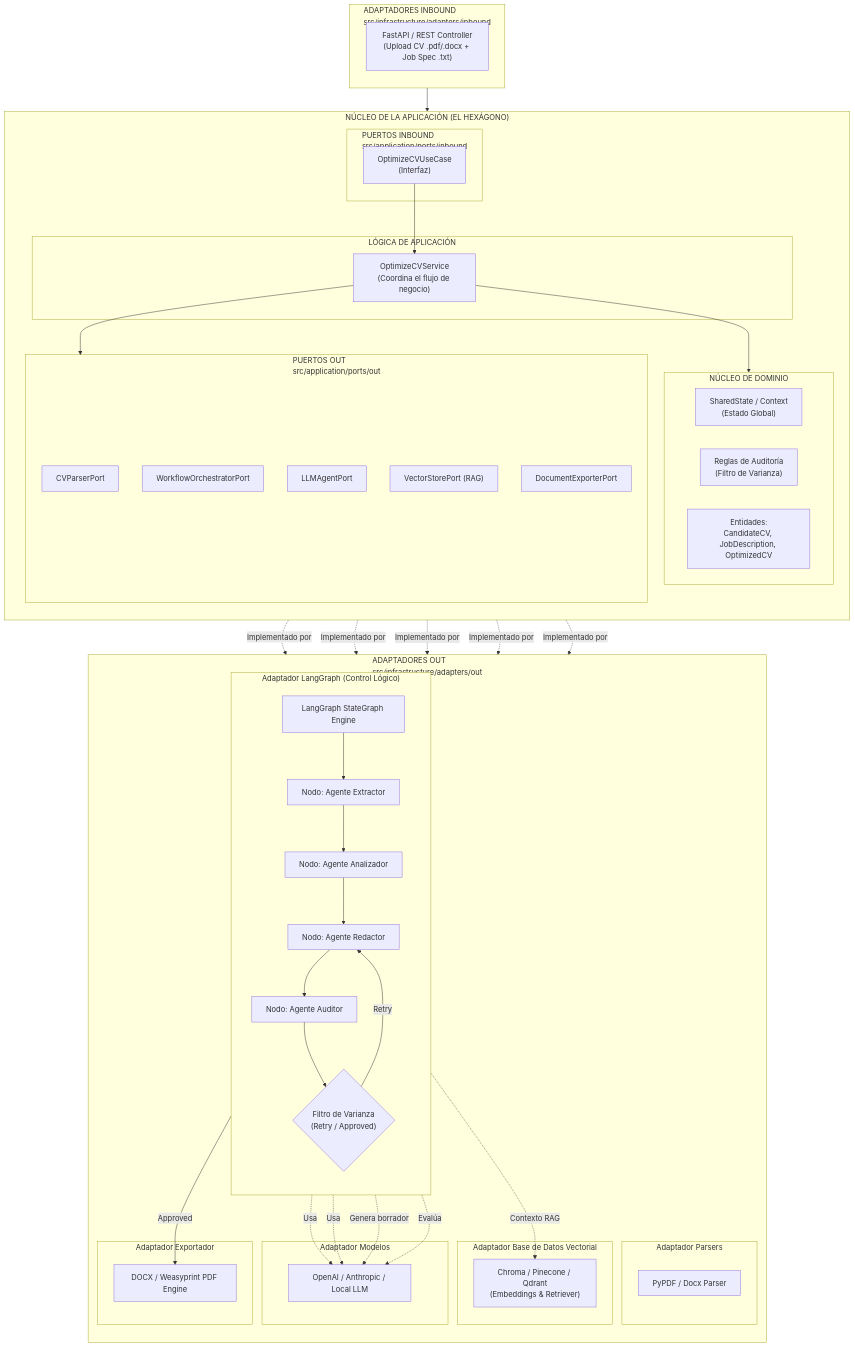
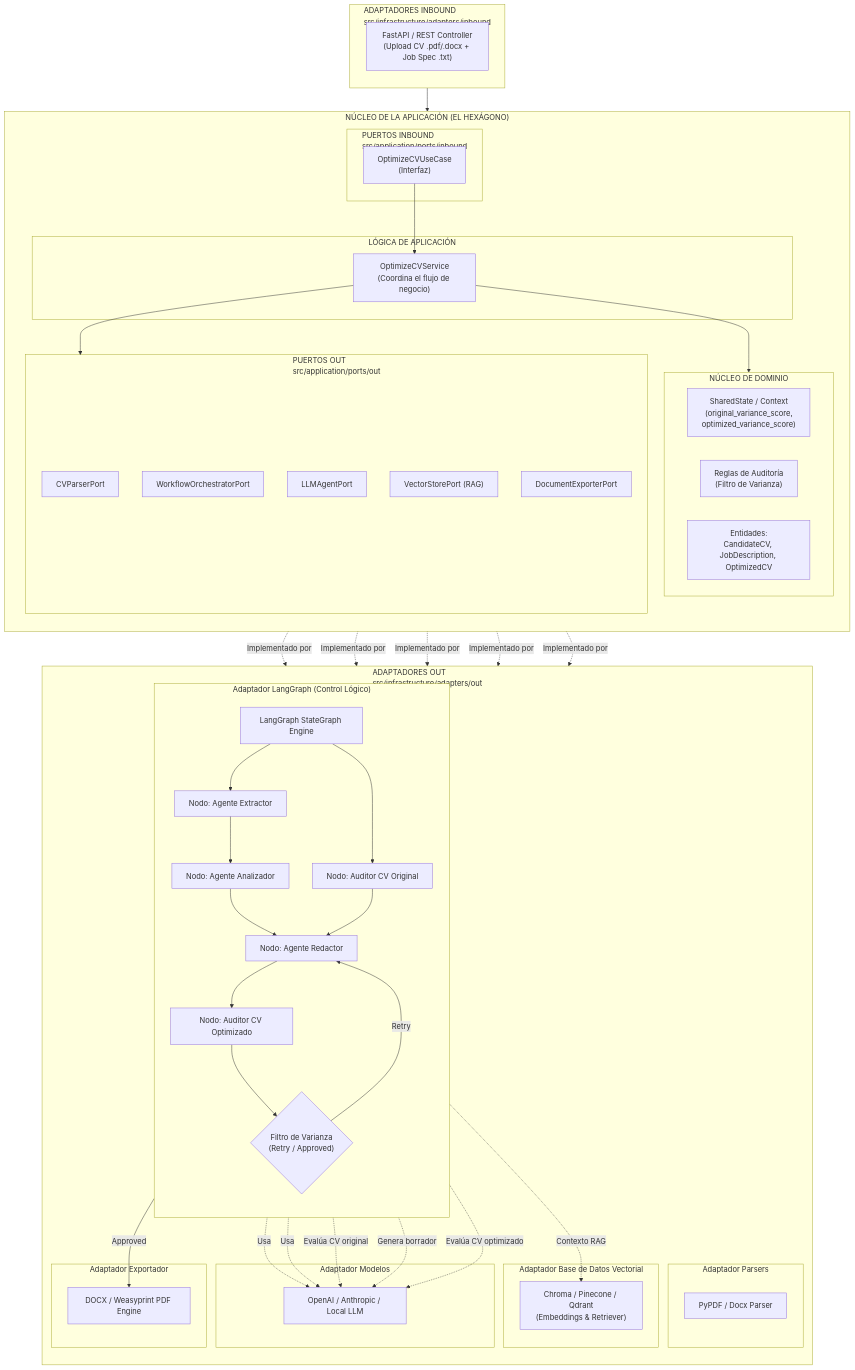
Before and after one commit to papopapota/cv-aligner-ai-backend: the diagram in arquitectura-tecnica-mermaid.md, drawn with Mermaid. The commit also changed 1 other file, not shown here.

Commit message:
feat: enhance README and architecture documentation with variance score details for auditor

````diff
--- a/arquitectura-tecnica-mermaid.md
+++ b/arquitectura-tecnica-mermaid.md
@@ -23,7 +23,7 @@
         end
 
         subgraph Domain["NÚCLEO DE DOMINIO"]
-            State["SharedState / Context<br/>(Estado Global)"]
+            State["SharedState / Context<br/>(original_variance_score,<br/>optimized_variance_score)"]
             AuditRules["Reglas de Auditoría<br/>(Filtro de Varianza)"]
             Entities["Entidades:<br/>CandidateCV, JobDescription, OptimizedCV"]
         end
@@ -56,11 +56,14 @@
             LG_Engine["LangGraph StateGraph Engine"]
             NodeExt["Nodo: Agente Extractor"]
             NodeAna["Nodo: Agente Analizador"]
+            NodeOrigAud["Nodo: Auditor CV Original"]
             NodeWri["Nodo: Agente Redactor"]
-            NodeAud["Nodo: Agente Auditor"]
+            NodeAud["Nodo: Auditor CV Optimizado"]
             EdgeCond{"Filtro de Varianza<br/>(Retry / Approved)"}
 
-            LG_Engine --> NodeExt --> NodeAna --> NodeWri --> NodeAud --> EdgeCond
+            LG_Engine --> NodeExt --> NodeAna --> NodeWri
+            LG_Engine --> NodeOrigAud --> NodeWri
+            NodeWri --> NodeAud --> EdgeCond
             EdgeCond -- "Retry" --> NodeWri
         end
 
@@ -90,8 +93,9 @@
     %% Interacciones de los Nodos de Infraestructura con Servicios Externos
     NodeExt -. Usa .-> LLM_API
     NodeAna -. Usa .-> LLM_API
+    NodeOrigAud -. Evalúa CV original .-> LLM_API
     NodeWri -. Contexto RAG .-> VDB
     NodeWri -. Genera borrador .-> LLM_API
-    NodeAud -. Evalúa .-> LLM_API
+    NodeAud -. Evalúa CV optimizado .-> LLM_API
     EdgeCond -- "Approved" --> DocGen
 ```
````
